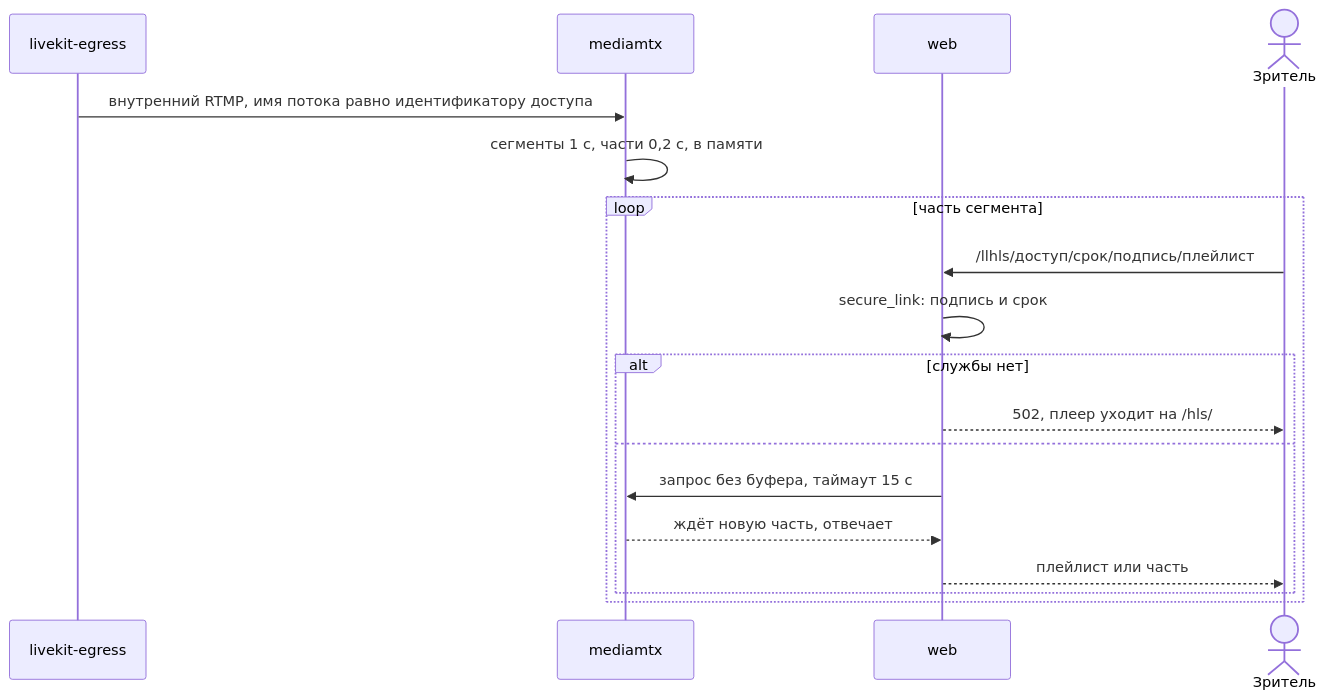
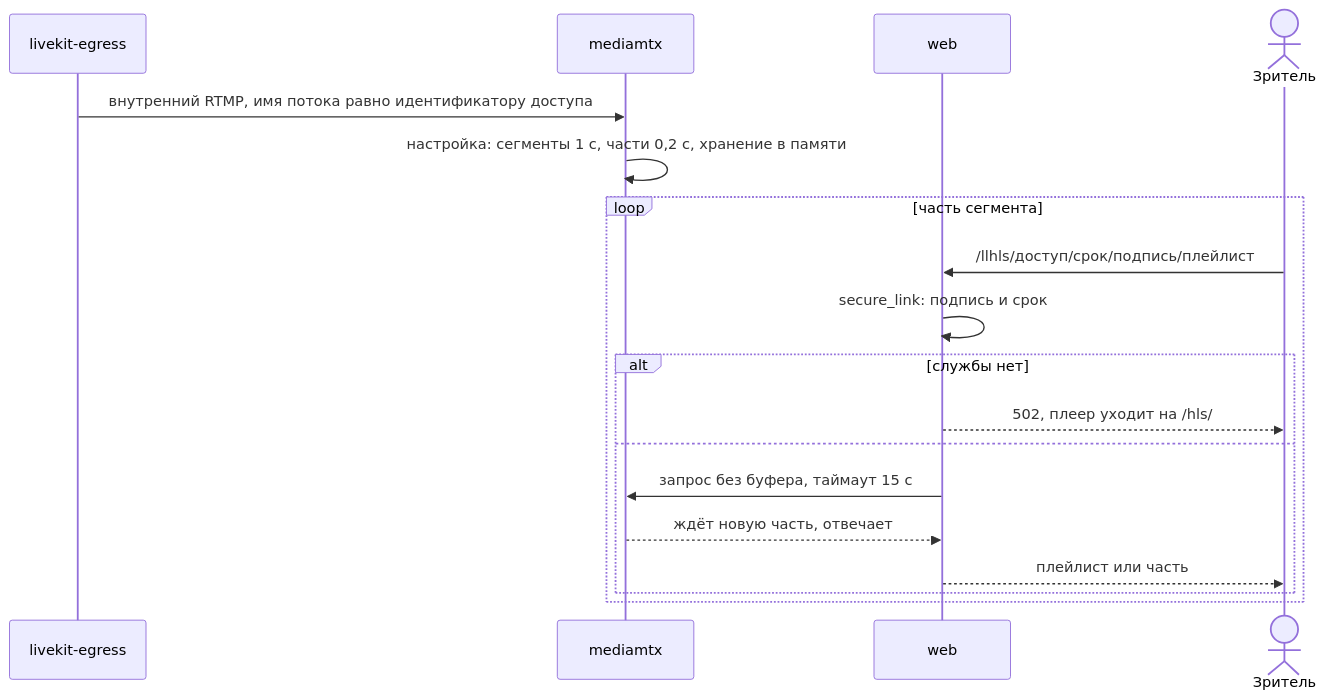
One commit to calleograph/peregovorka changed the sixth of 7 diagrams in wiki/Архитектура-Последовательности-трансляций.md. Above: the diagram before and after it, drawn with Mermaid. The commit also changed other lines of this file and 73 other files, not shown here.

````diff
--- a/wiki/Архитектура-Последовательности-трансляций.md
+++ b/wiki/Архитектура-Последовательности-трансляций.md
@@ -192,20 +199,20 @@
 ```mermaid
 sequenceDiagram
   participant E as livekit-egress
   participant M as mediamtx
   participant W as web
   actor V as Зритель
   E->>M: внутренний RTMP, имя потока равно идентификатору доступа
-  M->>M: сегменты 1 с, части 0,2 с, в памяти
+  M->>M: настройка: сегменты 1 с, части 0,2 с, хранение в памяти
   loop часть сегмента
     V->>W: /llhls/доступ/срок/подпись/плейлист
     W->>W: secure_link: подпись и срок
     alt службы нет
       W-->>V: 502, плеер уходит на /hls/
     else
       W->>M: запрос без буфера, таймаут 15 с
       M-->>W: ждёт новую часть, отвечает
       W-->>V: плейлист или часть
     end
   end
 ```
````
